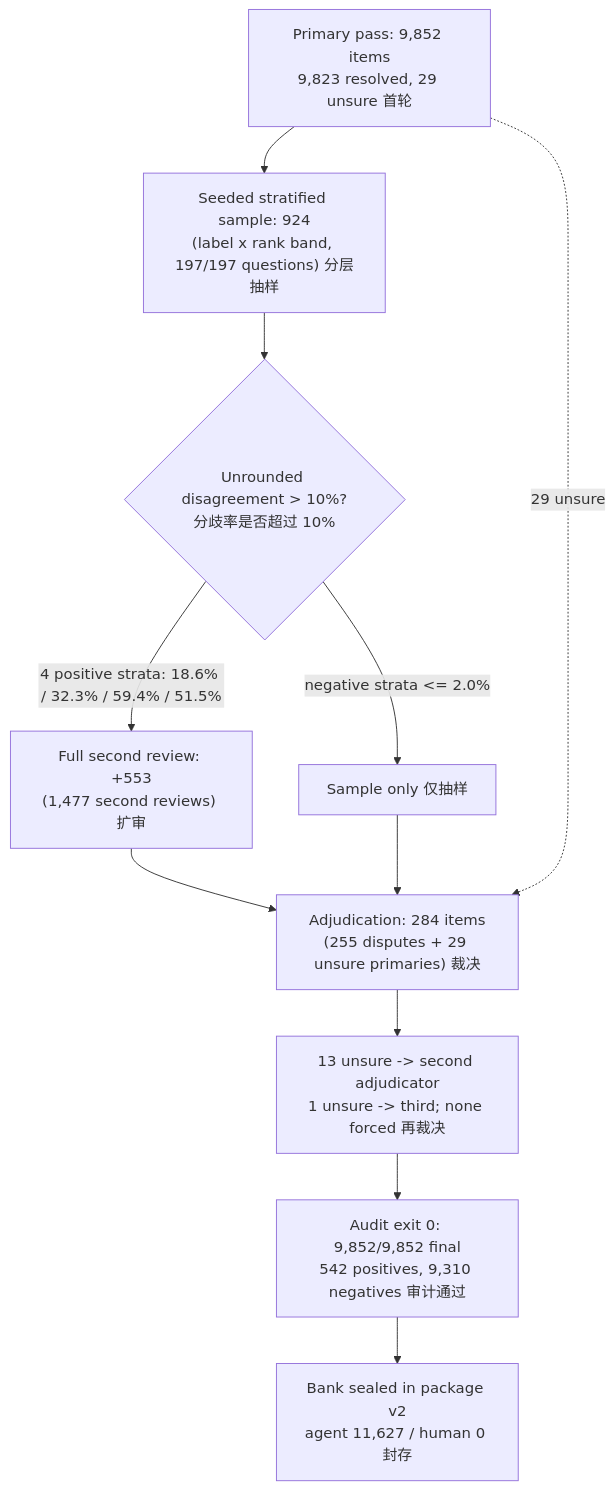
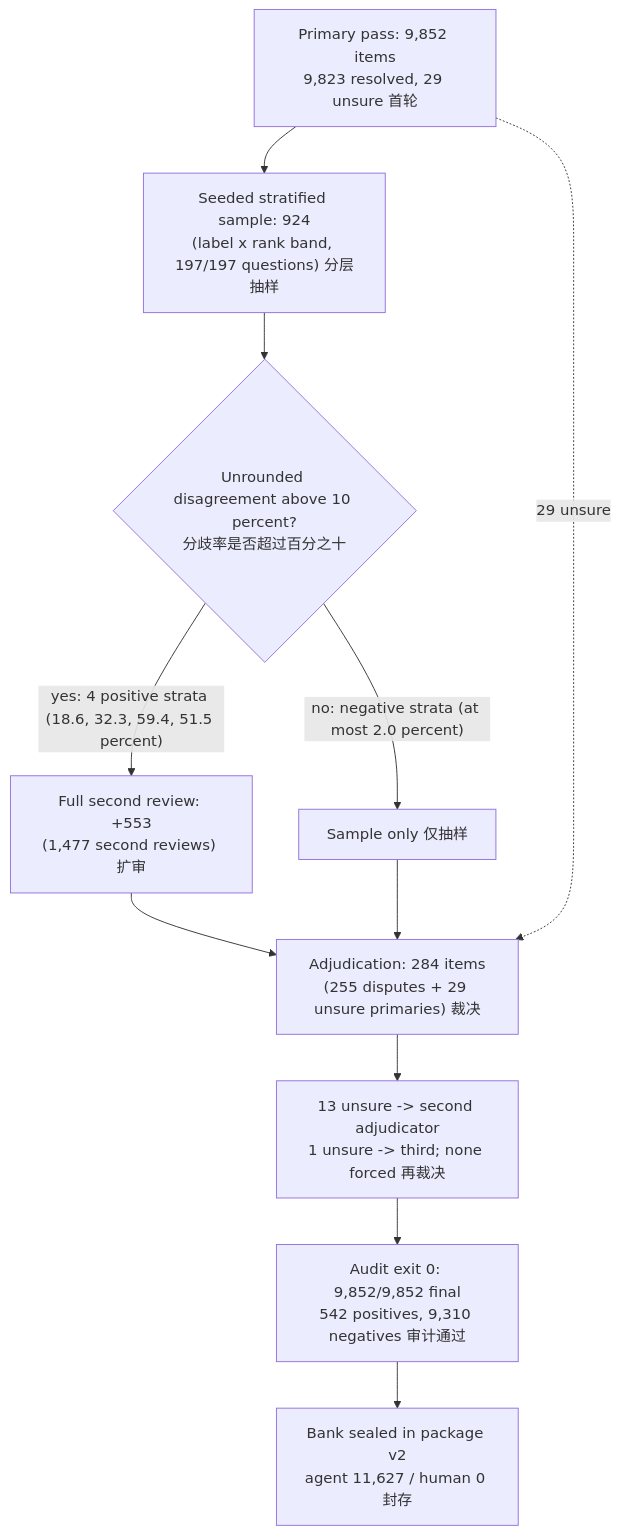
Before and after one commit to Hector-sau/devsearch: the second of 5 diagrams in docs/DIAGRAMS.md, drawn with Mermaid. The commit also changed 1 other file, not shown here.

Commit message:
Docs: review-flow diagram with plain edge labels; all diagrams parse with Mermaid 11

````diff
--- a/docs/DIAGRAMS.md
+++ b/docs/DIAGRAMS.md
@@ -41,13 +41,13 @@
 ```mermaid
 flowchart TB
   A["Primary pass: 9,852 items<br/>9,823 resolved, 29 unsure 首轮"] --> S["Seeded stratified sample: 924<br/>(label x rank band, 197/197 questions) 分层抽样"]
-  S --> X{"Unrounded disagreement > 10%?<br/>分歧率是否超过 10%"}
-  X -- "4 positive strata: 18.6% / 32.3% / 59.4% / 51.5%" --> E["Full second review: +553<br/>(1,477 second reviews) 扩审"]
-  X -- "negative strata <= 2.0%" --> K["Sample only 仅抽样"]
+  S --> X{"Unrounded disagreement above 10 percent?<br/>分歧率是否超过百分之十"}
+  X -->|"yes: 4 positive strata (18.6, 32.3, 59.4, 51.5 percent)"| E["Full second review: +553<br/>(1,477 second reviews) 扩审"]
+  X -->|"no: negative strata (at most 2.0 percent)"| K["Sample only 仅抽样"]
   E --> J["Adjudication: 284 items<br/>(255 disputes + 29 unsure primaries) 裁决"]
   K --> J
-  A -. "29 unsure" .-> J
+  A -.->|"29 unsure"| J
   J --> J2["13 unsure -> second adjudicator<br/>1 unsure -> third; none forced 再裁决"]
   J2 --> F["Audit exit 0: 9,852/9,852 final<br/>542 positives, 9,310 negatives 审计通过"]
   F --> P["Bank sealed in package v2<br/>agent 11,627 / human 0 封存"]
 ```
````
